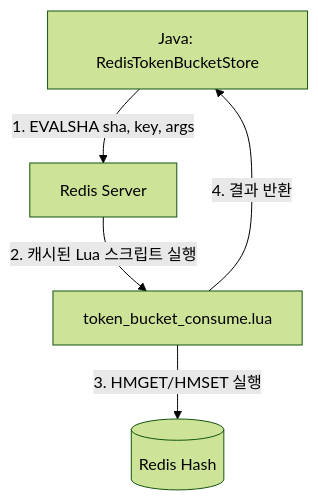
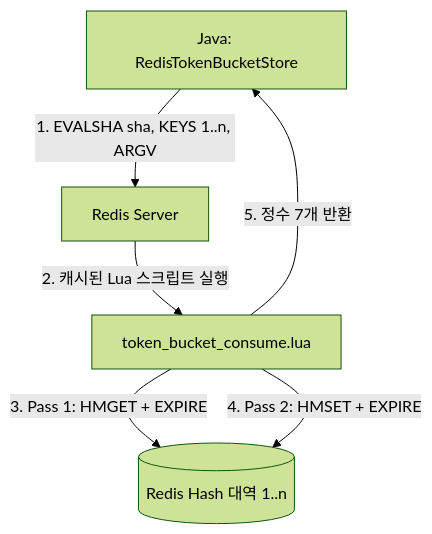
One commit to OpenFluxGate/fluxgate changed the diagram in docs/ko/architecture/deep-dive/ratelimiter-layer.ko.md. Above: the diagram before and after it, drawn with Mermaid (forest theme). The commit also changed other lines of this file and 33 other files, not shown here.

````diff
--- a/docs/ko/architecture/deep-dive/ratelimiter-layer.ko.md
+++ b/docs/ko/architecture/deep-dive/ratelimiter-layer.ko.md
@@ -380,7 +717,8 @@
 ```mermaid
 graph TD
-    A[Java: RedisTokenBucketStore] -->|1. EVALSHA sha, key, args| B[Redis Server]
+    A[Java: RedisTokenBucketStore] -->|1. EVALSHA sha, KEYS 1..n, ARGV| B[Redis Server]
     B -->|2. 캐시된 Lua 스크립트 실행| C[token_bucket_consume.lua]
-    C -->|3. HMGET/HMSET 실행| D[(Redis Hash)]
-    C -->|4. 결과 반환| A
+    C -->|3. Pass 1: HMGET + EXPIRE| D[(Redis Hash 대역 1..n)]
+    C -->|4. Pass 2: HMSET + EXPIRE| D
+    C -->|5. 정수 7개 반환| A
 ```
````
